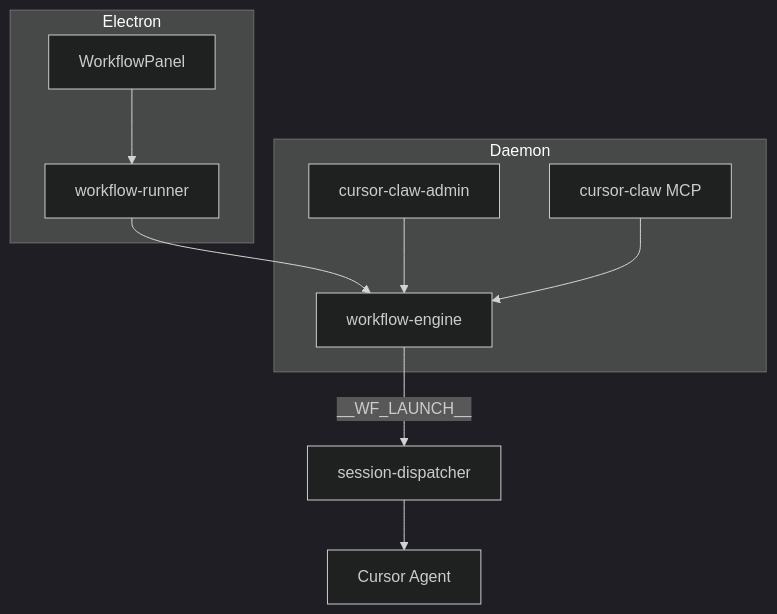
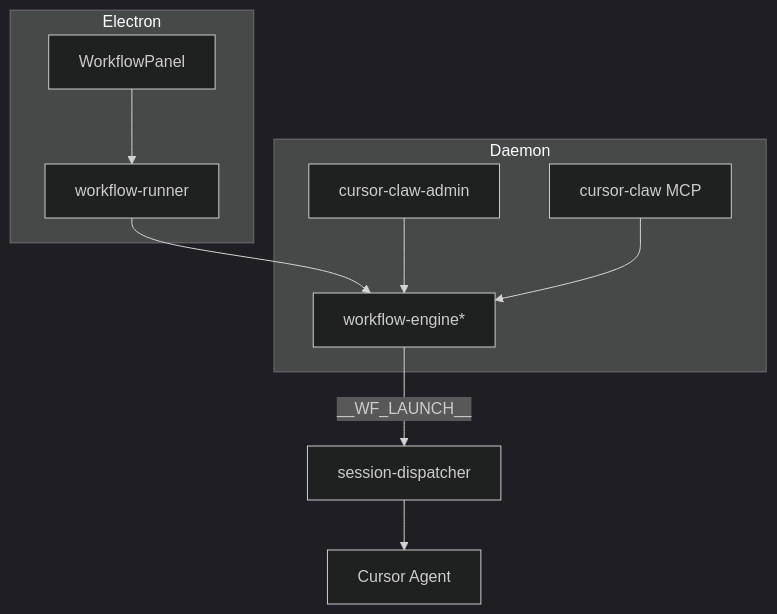
The first of 3 diagrams in knowledge/业务域/工作流/01-概览.md (suveng/cursor-claw), drawn with Mermaid (dark theme) before and after one commit. The commit also changed other lines of this file and 39 other files, not shown here.

````diff
--- a/knowledge/业务域/工作流/01-概览.md
+++ b/knowledge/业务域/工作流/01-概览.md
@@ -9,18 +9,18 @@
 ```mermaid
 flowchart TB
   subgraph ui [Electron]
     WP[WorkflowPanel]
     WR[workflow-runner]
   end
   subgraph daemon [Daemon]
-    ENG[workflow-engine]
+    ENG[workflow-engine*]
     MCP_A[cursor-claw MCP]
     MCP_AD[cursor-claw-admin]
   end
   WP --> WR
   WR --> ENG
   MCP_AD --> ENG
   MCP_A --> ENG
   ENG -->|__WF_LAUNCH__| SD[session-dispatcher]
   SD --> Agent[Cursor Agent]
 ```
````
